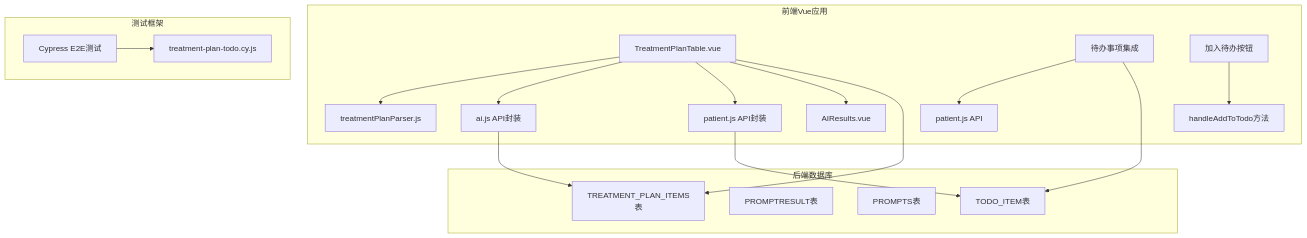
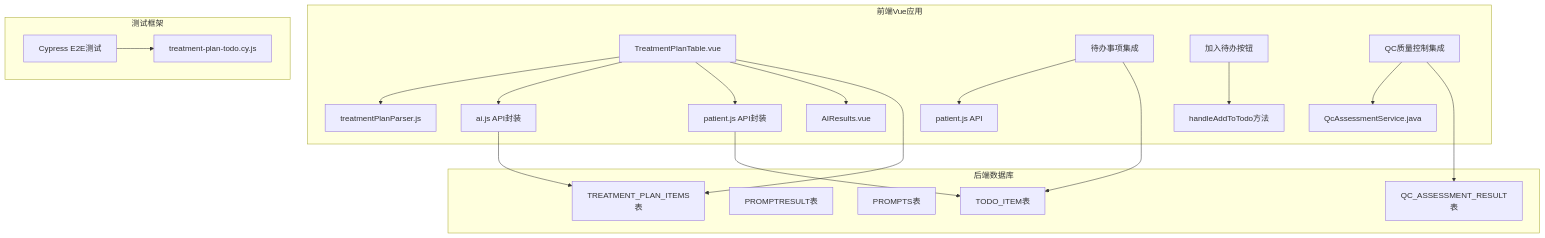
One commit to liuzh2008/med_ai_assistant_workspace changed the first of 7 diagrams in .qoder/repowiki/zh/content/核心功能模块/治疗计划表格功能增强.md. Above: the diagram before and after it, drawn with Mermaid. The commit also changed other lines of this file and 4 other files, not shown here.

````diff
--- a/.qoder/repowiki/zh/content/核心功能模块/治疗计划表格功能增强.md
+++ b/.qoder/repowiki/zh/content/核心功能模块/治疗计划表格功能增强.md
@@ -56,26 +64,29 @@
 ```mermaid
 graph TB
 subgraph "前端Vue应用"
 A[TreatmentPlanTable.vue] --> B[treatmentPlanParser.js]
 A --> C[ai.js API封装]
 A --> D[patient.js API封装]
 A --> E[AIResults.vue]
 F[待办事项集成] --> G[patient.js API]
 H[加入待办按钮] --> I[handleAddToTodo方法]
+J[QC质量控制集成] --> K[QcAssessmentService.java]
 end
 subgraph "后端数据库"
-J[TREATMENT_PLAN_ITEMS表]
-K[PROMPTRESULT表]
-L[PROMPTS表]
-M[TODO_ITEM表]
+L[TREATMENT_PLAN_ITEMS表]
+M[PROMPTRESULT表]
+N[PROMPTS表]
+O[TODO_ITEM表]
+P[QC_ASSESSMENT_RESULT表]
 end
 subgraph "测试框架"
-N[Cypress E2E测试]
-O[treatment-plan-todo.cy.js]
+Q[Cypress E2E测试]
+R[treatment-plan-todo.cy.js]
 end
-A --> J
-C --> J
-D --> M
-F --> M
-N --> O
+A --> L
+C --> L
+D --> O
+F --> O
+J --> P
+Q --> R
 ```
````
